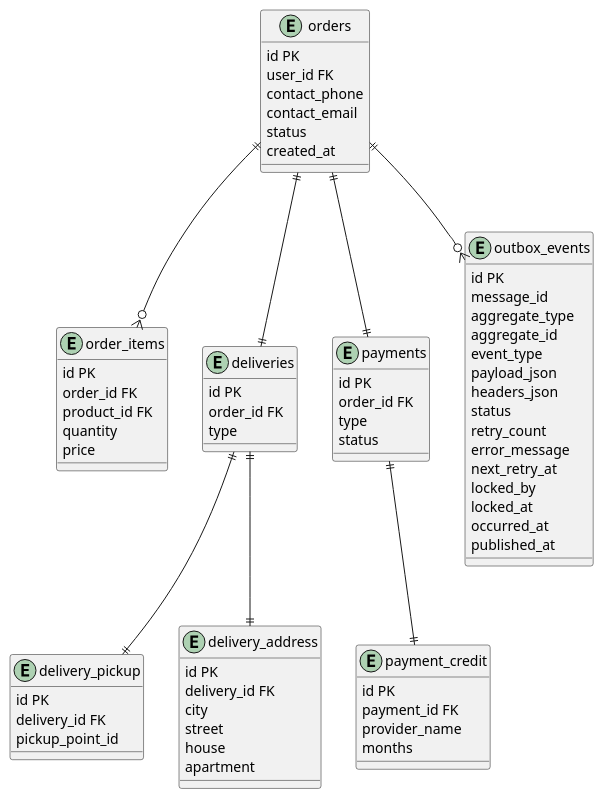
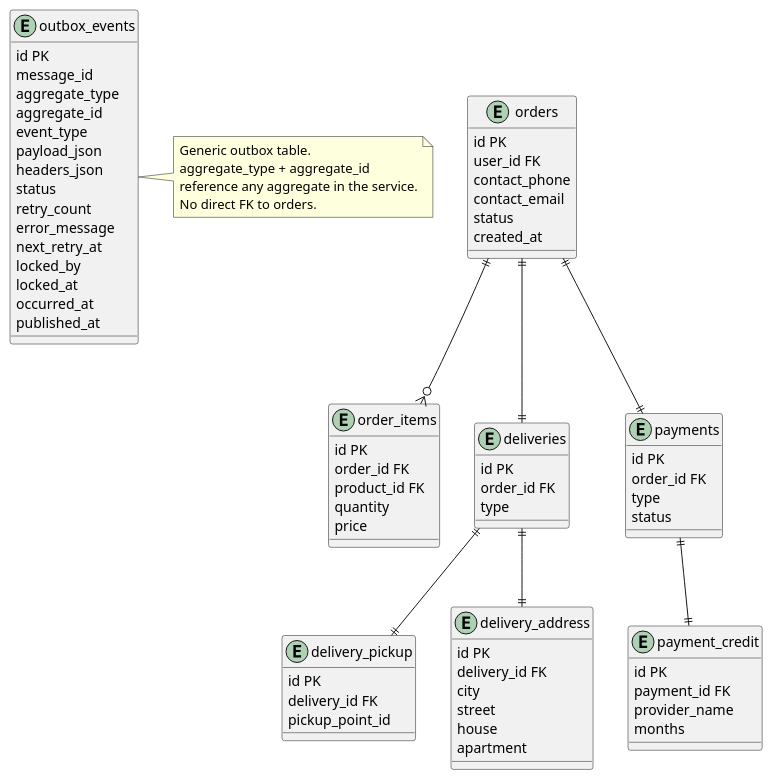
Before and after one commit to robotateme/order-service-design: the diagram in database.puml, drawn with PlantUML. The commit also changed 3 other files, not shown here.

```diff
--- a/database.puml
+++ b/database.puml
@@ -1,82 +1,88 @@
 @startuml
 entity orders {
 id PK
 user_id FK
 contact_phone
 contact_email
 status
 created_at
 }
 
 entity order_items {
 id PK
 order_id FK
 product_id FK
 quantity
 price
 }
 
 entity deliveries {
 id PK
 order_id FK
 type
 }
 
 entity delivery_pickup {
 id PK
 delivery_id FK
 pickup_point_id
 }
 
 entity delivery_address {
 id PK
 delivery_id FK
 city
 street
 house
 apartment
 }
 
 entity payments {
 id PK
 order_id FK
 type
 status
 }
 
 entity payment_credit {
 id PK
 payment_id FK
 provider_name
 months
 }
 
 entity outbox_events {
 id PK
 message_id
 aggregate_type
 aggregate_id
 event_type
 payload_json
 headers_json
 status
 retry_count
 error_message
 next_retry_at
 locked_by
 locked_at
 occurred_at
 published_at
 }
 
 orders ||--o{ order_items
 orders ||--|| deliveries
 orders ||--|| payments
-orders ||--o{ outbox_events
 
 deliveries ||--|| delivery_pickup
 deliveries ||--|| delivery_address
 
 payments ||--|| payment_credit
 
+note right of outbox_events
+Generic outbox table.
+aggregate_type + aggregate_id
+reference any aggregate in the service.
+No direct FK to orders.
+end note
+
 @enduml
```
